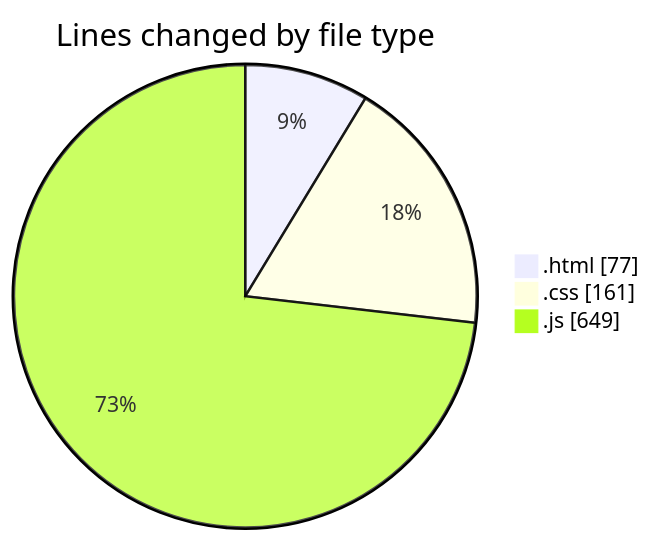
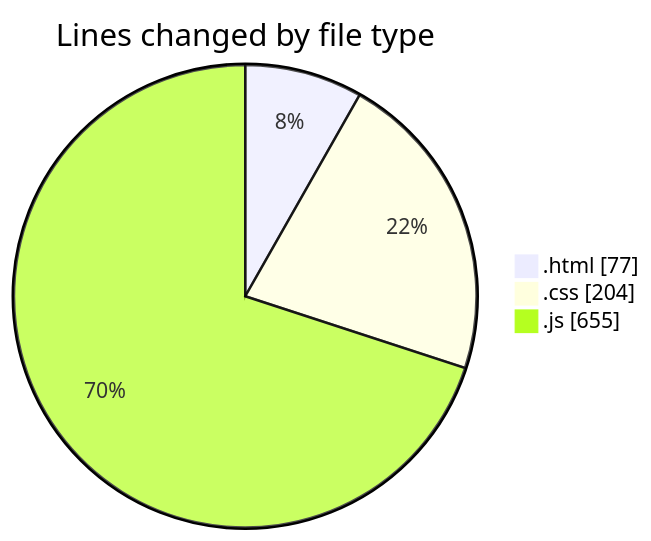
Before and after one commit to robertbonfada/code-tracking: the first of 2 diagrams in 2025-03-03/snake-game/README.md, drawn with Mermaid. The commit also changed other lines of this file and 1 other file, not shown here.

````diff
--- a/2025-03-03/snake-game/README.md
+++ b/2025-03-03/snake-game/README.md
@@ -23,7 +23,7 @@
 ```mermaid
 pie showData
 title Lines changed by file type
 ".html" : 77
-".css" : 161
-".js" : 649
+".css" : 204
+".js" : 655
 ```
````
